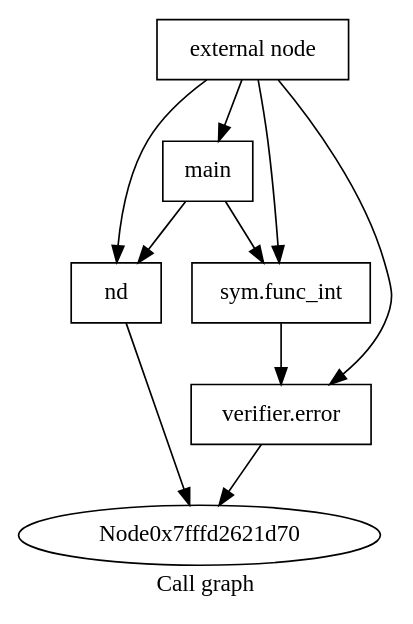
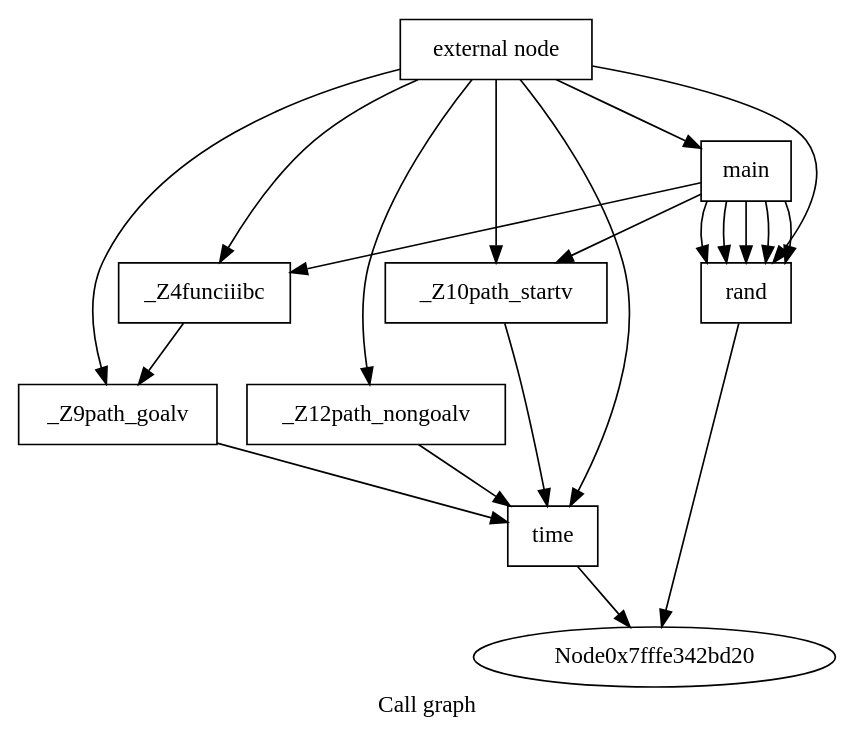
The diagram in ghidrall/comparator/call_results/callgraph.dot (toor-de-force/ghidrall), drawn with Graphviz before and after one commit. The commit also changed 11 other files, not shown here.

```diff
--- a/ghidrall/comparator/call_results/callgraph.dot
+++ b/ghidrall/comparator/call_results/callgraph.dot
@@ -1,18 +1,32 @@
 digraph "Call graph" {
 	label="Call graph";
 
-	Node0x7fffd2621410 [shape=record,label="{external node}"];
-	Node0x7fffd2621410 -> Node0x7fffd2621de0;
-	Node0x7fffd2621410 -> Node0x7fffd2622450;
-	Node0x7fffd2621410 -> Node0x7fffd2621e80;
-	Node0x7fffd2621410 -> Node0x7fffd2621e10;
-	Node0x7fffd2621de0 [shape=record,label="{main}"];
-	Node0x7fffd2621de0 -> Node0x7fffd2621e80;
-	Node0x7fffd2621de0 -> Node0x7fffd2622450;
-	Node0x7fffd2621e80 [shape=record,label="{nd}"];
-	Node0x7fffd2621e80 -> Node0x7fffd2621d70;
-	Node0x7fffd2622450 [shape=record,label="{sym.func_int}"];
-	Node0x7fffd2622450 -> Node0x7fffd2621e10;
-	Node0x7fffd2621e10 [shape=record,label="{verifier.error}"];
-	Node0x7fffd2621e10 -> Node0x7fffd2621d70;
+	Node0x7fffe342b580 [shape=record,label="{external node}"];
+	Node0x7fffe342b580 -> Node0x7fffe342bd90;
+	Node0x7fffe342b580 -> Node0x7fffe342be30;
+	Node0x7fffe342b580 -> Node0x7fffe342bf20;
+	Node0x7fffe342b580 -> Node0x7fffe342bfc0;
+	Node0x7fffe342b580 -> Node0x7fffe342c610;
+	Node0x7fffe342b580 -> Node0x7fffe342c7c0;
+	Node0x7fffe342b580 -> Node0x7fffe342c860;
+	Node0x7fffe342bd90 [shape=record,label="{_Z10path_startv}"];
+	Node0x7fffe342bd90 -> Node0x7fffe342be30;
+	Node0x7fffe342be30 [shape=record,label="{time}"];
+	Node0x7fffe342be30 -> Node0x7fffe342bd20;
+	Node0x7fffe342bf20 [shape=record,label="{_Z9path_goalv}"];
+	Node0x7fffe342bf20 -> Node0x7fffe342be30;
+	Node0x7fffe342bfc0 [shape=record,label="{_Z12path_nongoalv}"];
+	Node0x7fffe342bfc0 -> Node0x7fffe342be30;
+	Node0x7fffe342c610 [shape=record,label="{_Z4funciiibc}"];
+	Node0x7fffe342c610 -> Node0x7fffe342bf20;
+	Node0x7fffe342c7c0 [shape=record,label="{main}"];
+	Node0x7fffe342c7c0 -> Node0x7fffe342bd90;
+	Node0x7fffe342c7c0 -> Node0x7fffe342c860;
+	Node0x7fffe342c7c0 -> Node0x7fffe342c860;
+	Node0x7fffe342c7c0 -> Node0x7fffe342c860;
+	Node0x7fffe342c7c0 -> Node0x7fffe342c860;
+	Node0x7fffe342c7c0 -> Node0x7fffe342c860;
+	Node0x7fffe342c7c0 -> Node0x7fffe342c610;
+	Node0x7fffe342c860 [shape=record,label="{rand}"];
+	Node0x7fffe342c860 -> Node0x7fffe342bd20;
 }
```
